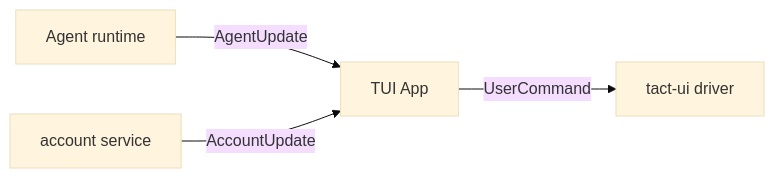
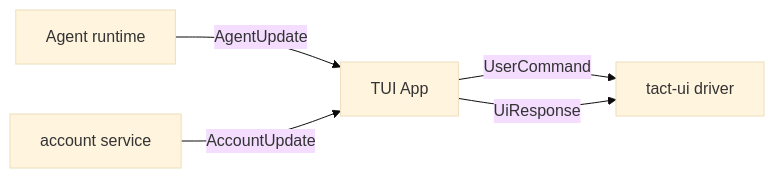
The first of 9 diagrams in book/25_chapter_protocol.md (rust-infra/tact), drawn with Mermaid (base theme) before and after one commit. The commit also changed other lines of this file and 31 other files, not shown here.

````diff
--- a/book/25_chapter_protocol.md
+++ b/book/25_chapter_protocol.md
@@ -14,6 +14,7 @@
 ```mermaid
 graph LR
     Agent[Agent runtime] -->|AgentUpdate| TUI[TUI App]
     TUI -->|UserCommand| Driver[tact-ui driver]
+    TUI -->|UiResponse| Driver
     Account[account service] -->|AccountUpdate| TUI
 ```
````
